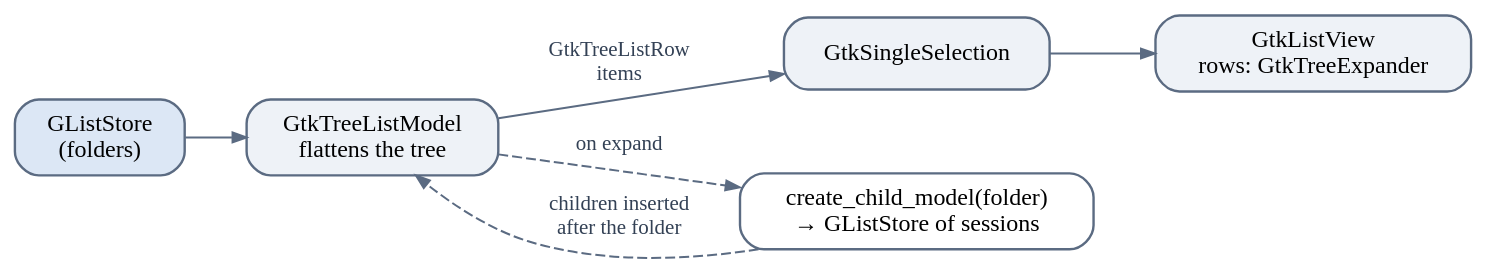
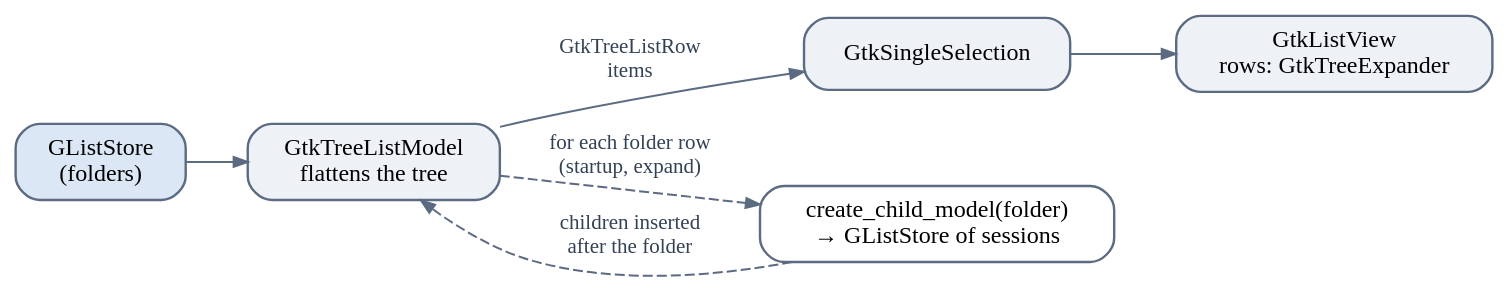
The diagram in book/diagrams/src/tree-model-chain.dot (scottpeterman/gtk4_for_tool_builders), drawn with Graphviz before and after one commit. The commit also changed 175 other files, not shown here.

```diff
--- a/book/diagrams/src/tree-model-chain.dot
+++ b/book/diagrams/src/tree-model-chain.dot
@@ -1,6 +1,6 @@
 digraph G { fontname="IBM Plex Sans"; fontsize=12; bgcolor="transparent"; pad=0.15; node [fontname="IBM Plex Sans", fontsize=12, shape=box, style="rounded,filled", fillcolor="#EEF2F7", color="#5B6B82", penwidth=1.2, margin="0.18,0.08"]; edge [fontname="IBM Plex Sans", fontsize=10.5, color="#5B6B82", fontcolor="#334155", arrowsize=0.7]; rankdir=LR; nodesep=0.35; ranksep=0.4;
  root [label="GListStore\n(folders)", fillcolor="#DCE7F5"]; tlm [label="GtkTreeListModel\nflattens the tree"]; sel [label="GtkSingleSelection"]; view [label="GtkListView\nrows: GtkTreeExpander"];
  ccm [label="create_child_model(folder)\n→ GListStore of sessions", fillcolor="#FFFFFF"];
  root->tlm; tlm->sel [label=" GtkTreeListRow\n items"]; sel->view;
- tlm->ccm [style=dashed, label=" on expand"]; ccm->tlm [style=dashed, label=" children inserted\n after the folder"];
+ tlm->ccm [style=dashed, label=" for each folder row\n (startup, expand)"]; ccm->tlm [style=dashed, label=" children inserted\n after the folder"];
 }
```
